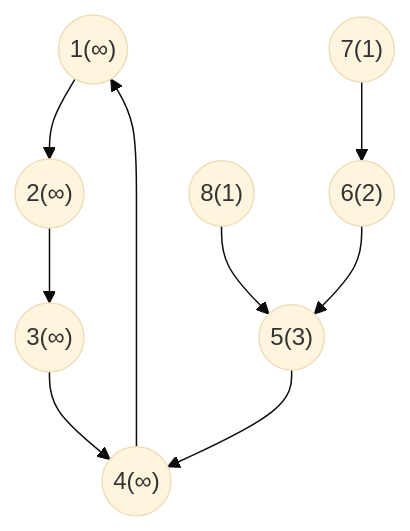
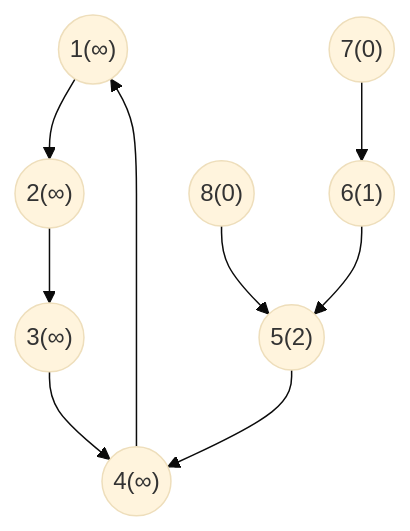
The diagram in docs/source/edutorial/abc/296/e.rst (nodashin6/atcoder), drawn with Mermaid (base theme) before and after one commit.

Commit message:
modified graph figure

```diff
--- a/docs/source/edutorial/abc/296/e.rst
+++ b/docs/source/edutorial/abc/296/e.rst
@@ -33,22 +33,22 @@
 .. mermaid::
 
     graph TD
         1(("1(∞)"))
         2(("2(∞)"))
         3(("3(∞)"))
         4(("4(∞)"))
-        5(("5(3)"))
-        6(("6(2)"))
-        7(("7(1)"))
-        8(("8(1)"))
+        5(("5(2)"))
+        6(("6(1)"))
+        7(("7(0)"))
+        8(("8(0)"))
 
 
         1 --> 2
         2 --> 3
         3 --> 4
         4 --> 1
 
         5 --> 4
         6 --> 5
         7 --> 6
         8 --> 5
```
